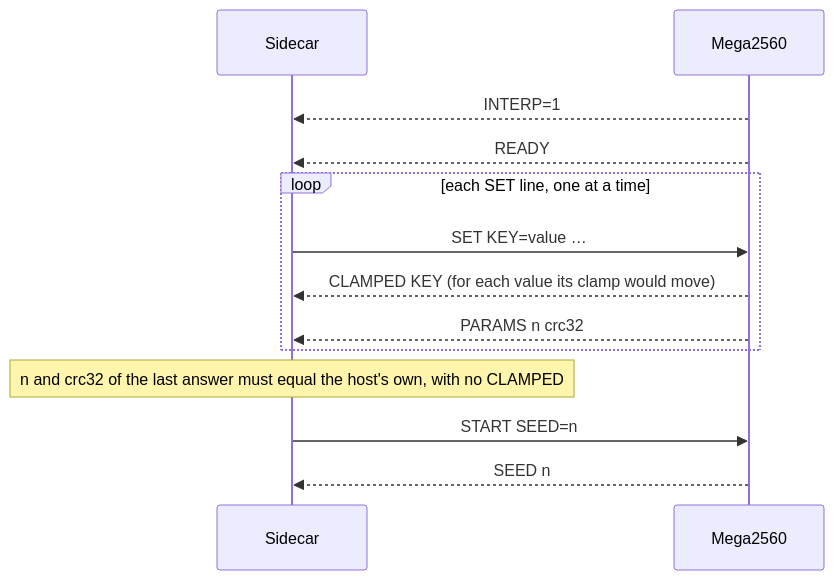
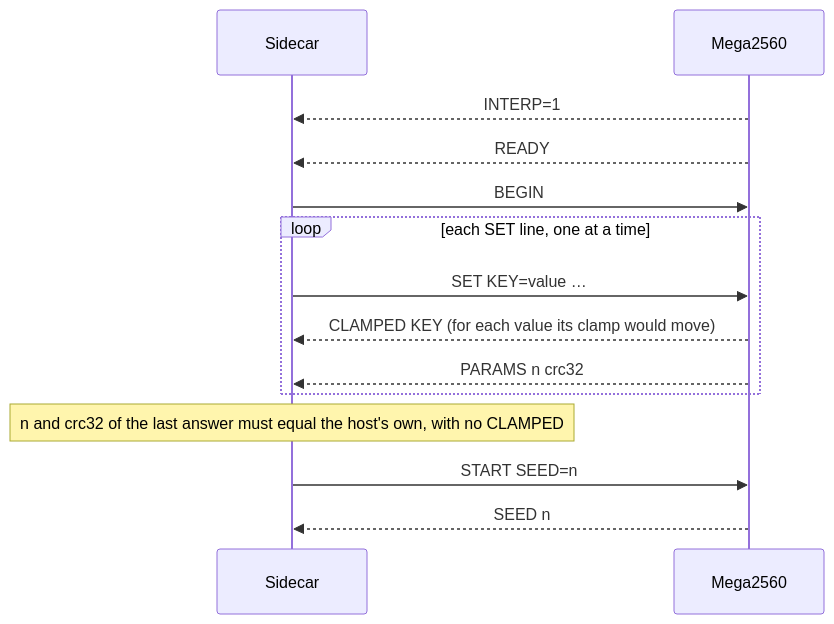
The sixth of 7 diagrams in docs/TASKS.md (Chase-NJ/Ephymeris), drawn with Mermaid before and after one commit. The commit also changed other lines of this file and 23 other files, not shown here.

````diff
--- a/docs/TASKS.md
+++ b/docs/TASKS.md
@@ -817,15 +816,16 @@
 ```mermaid
 sequenceDiagram
     participant Host as Sidecar
     participant Board as Mega2560
     Board-->>Host: INTERP=1
     Board-->>Host: READY
+    Host->>Board: BEGIN
     loop each SET line, one at a time
         Host->>Board: SET KEY=value …
         Board-->>Host: CLAMPED KEY (for each value its clamp would move)
         Board-->>Host: PARAMS n crc32
     end
     Note over Host: n and crc32 of the last answer must equal the host's own, with no CLAMPED
     Host->>Board: START SEED=n
     Board-->>Host: SEED n
 ```
````
